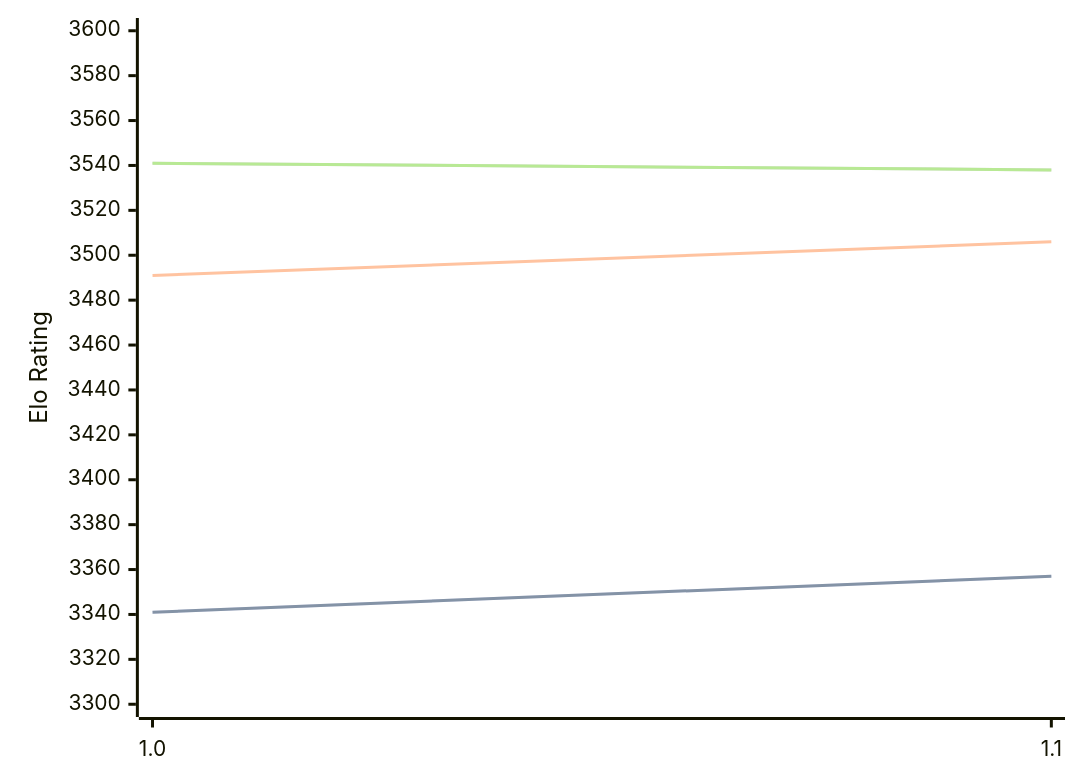
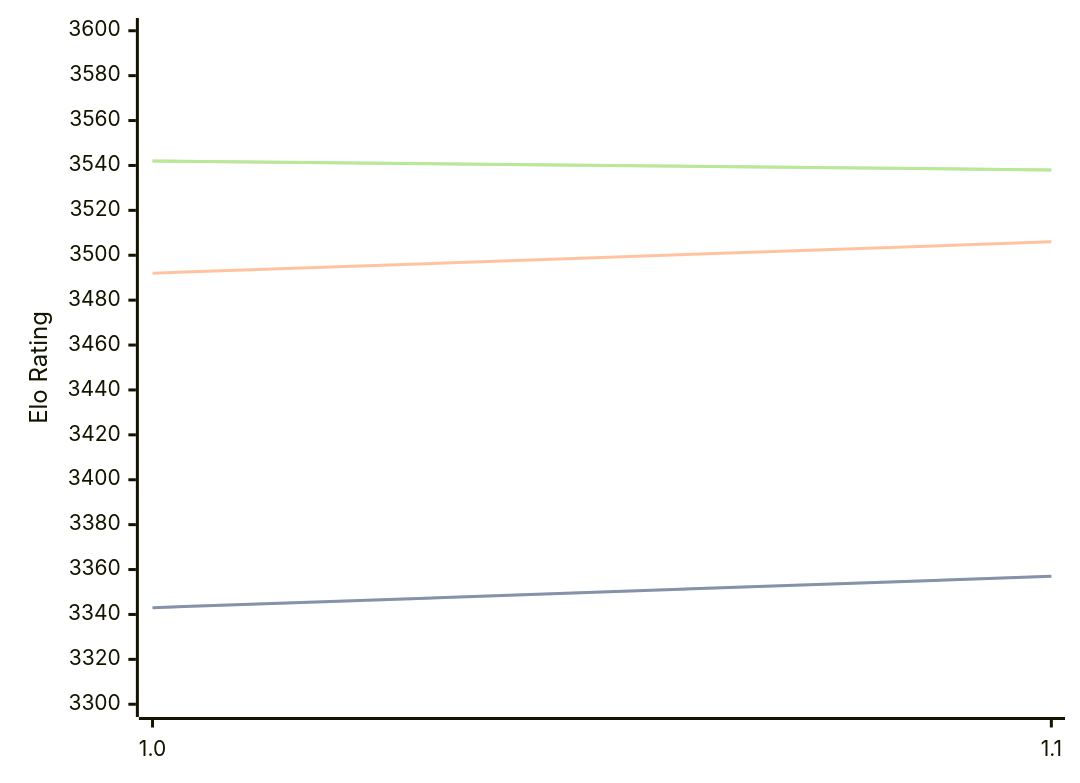
The diagram in engines/Horsie.md (computer-chess-index/cci), drawn with Mermaid before and after one commit. The commit also changed other lines of this file, not shown here.

Commit message:
Update CCI Ratings (ELO VLTC) - 2026-09-16

````diff
--- a/engines/Horsie.md
+++ b/engines/Horsie.md
@@ -32,11 +32,11 @@
 ```mermaid
 %%{init: {"theme":"base","themeVariables":{"seriesColors:['#a3a3a3','#222221','#faa371']}}}%%
 xychart-beta
   x-axis ["1.0", "1.1"]
   y-axis "Elo Rating" 3300 --> 3600
-  line "" [3341, 3357]
-  line "STC (8.0+0.08s)" [3341, 3357]
-  line "LTC (60.0+0.60s)" [3491, 3506]
-  line "" [3541, 3538]
-  line "VLTC (2m24s+1.12s)" [3541, 3538]
+  line "" [3343, 3357]
+  line "STC (8.0+0.08s)" [3343, 3357]
+  line "LTC (60.0+0.60s)" [3492, 3506]
+  line "" [3542, 3538]
+  line "VLTC (2m24s+1.12s)" [3542, 3538]
 ```
````
